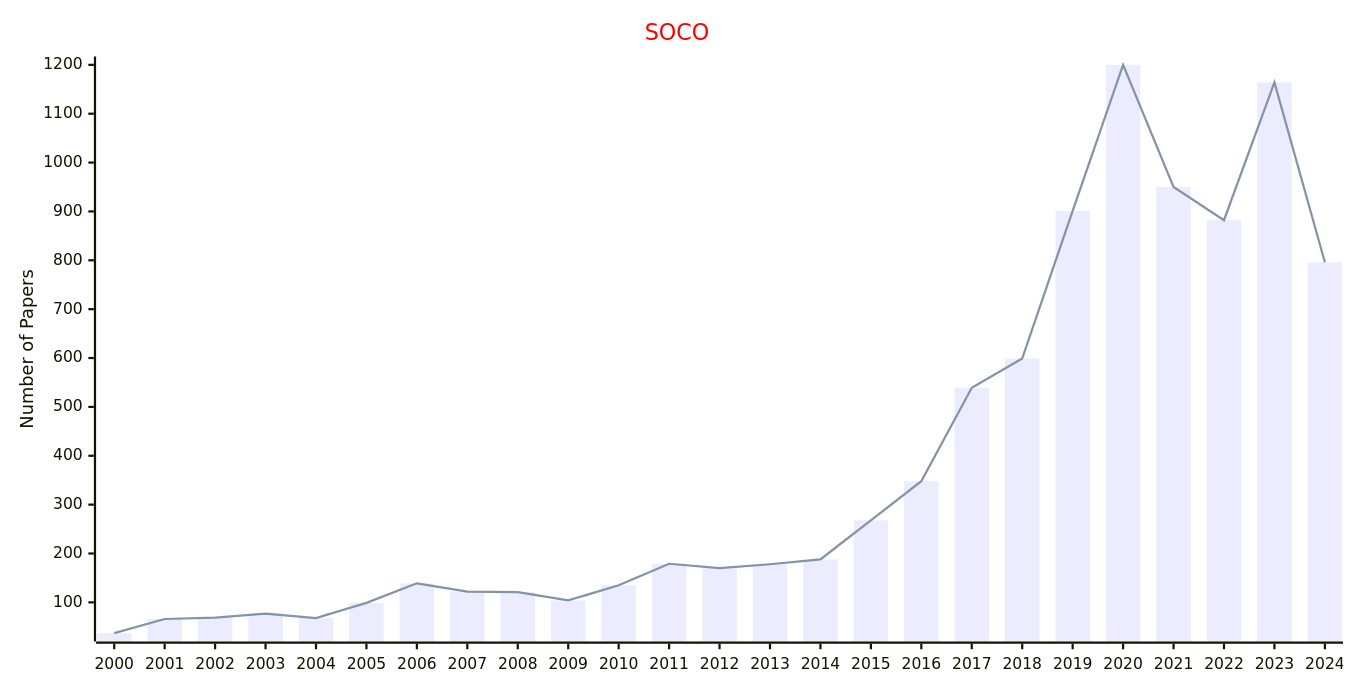
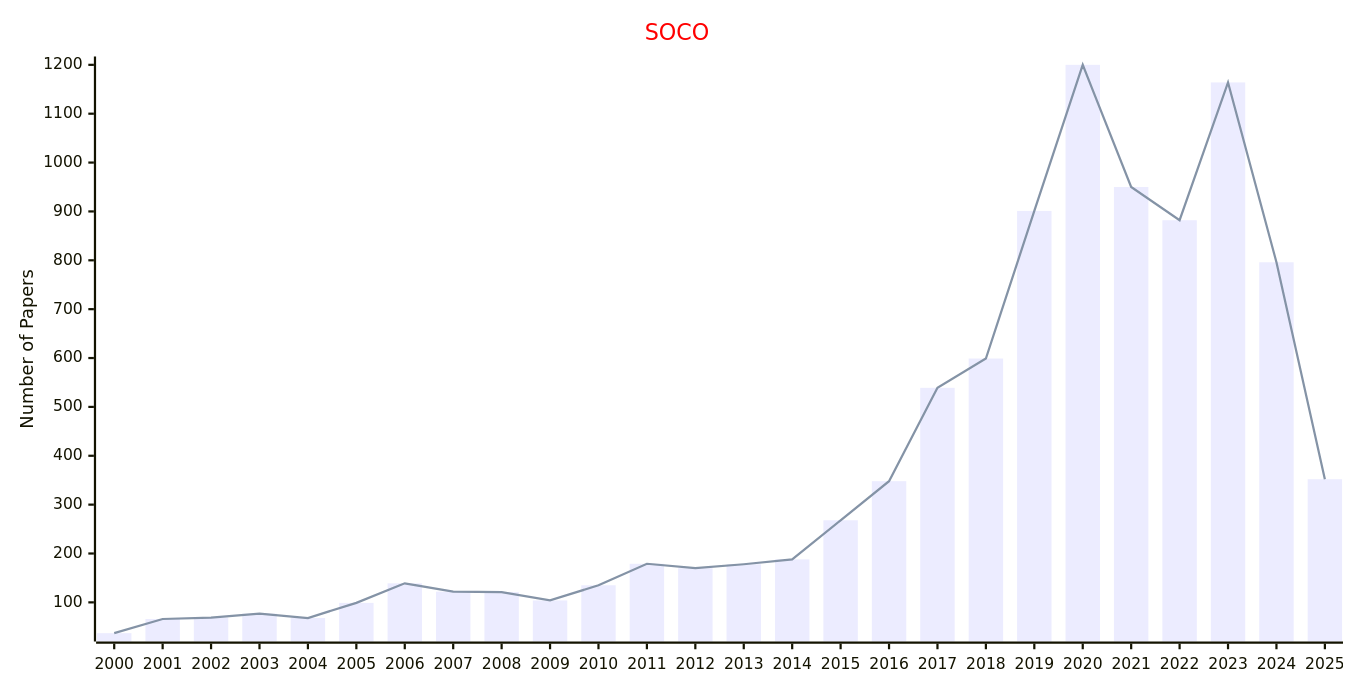
Before and after one commit to Easy-PhD/AILinks: the fourth of 4 diagrams in docs/data/Journals/Statistics_Journals/Swarm_Intelligence.md, drawn with Mermaid. The commit also changed other lines of this file and 107 other files, not shown here.

````diff
--- a/docs/data/Journals/Statistics_Journals/Swarm_Intelligence.md
+++ b/docs/data/Journals/Statistics_Journals/Swarm_Intelligence.md
@@ -81,17 +81,17 @@
 ```mermaid
 ---
 config:
     xyChart:
         width: 1200
         height: 600
     themeVariables:
         xyChart:
             titleColor: "#ff0000"
 ---
 xychart-beta
     title "SOCO"
-    x-axis [2000, 2001, 2002, 2003, 2004, 2005, 2006, 2007, 2008, 2009, 2010, 2011, 2012, 2013, 2014, 2015, 2016, 2017, 2018, 2019, 2020, 2021, 2022, 2023, 2024]
+    x-axis [2000, 2001, 2002, 2003, 2004, 2005, 2006, 2007, 2008, 2009, 2010, 2011, 2012, 2013, 2014, 2015, 2016, 2017, 2018, 2019, 2020, 2021, 2022, 2023, 2024, 2025]
     y-axis "Number of Papers"
-    bar [37, 66, 69, 77, 68, 99, 139, 122, 121, 104, 135, 179, 170, 178, 188, 268, 348, 539, 599, 901, 1200, 950, 882, 1164, 796]
-    line [37, 66, 69, 77, 68, 99, 139, 122, 121, 104, 135, 179, 170, 178, 188, 268, 348, 539, 599, 901, 1200, 950, 882, 1164, 796]
+    bar [37, 66, 69, 77, 68, 99, 139, 122, 121, 104, 135, 179, 170, 178, 188, 268, 348, 539, 599, 901, 1200, 950, 882, 1164, 796, 352]
+    line [37, 66, 69, 77, 68, 99, 139, 122, 121, 104, 135, 179, 170, 178, 188, 268, 348, 539, 599, 901, 1200, 950, 882, 1164, 796, 352]
 ```
````
